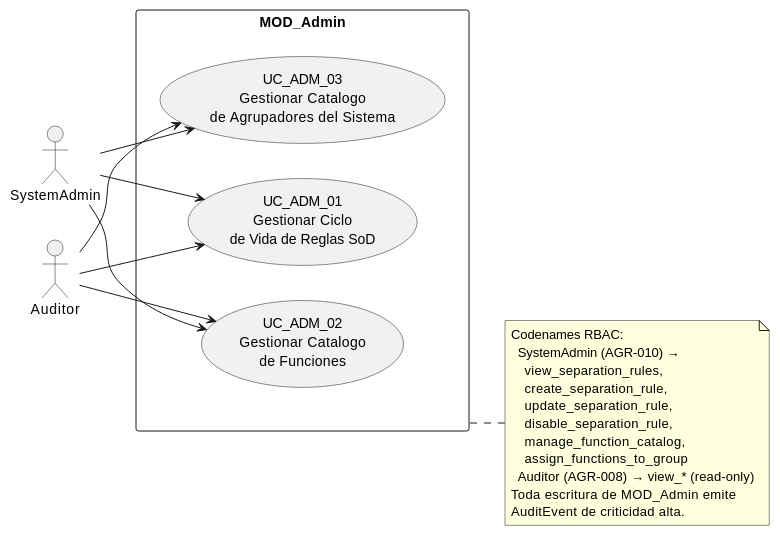
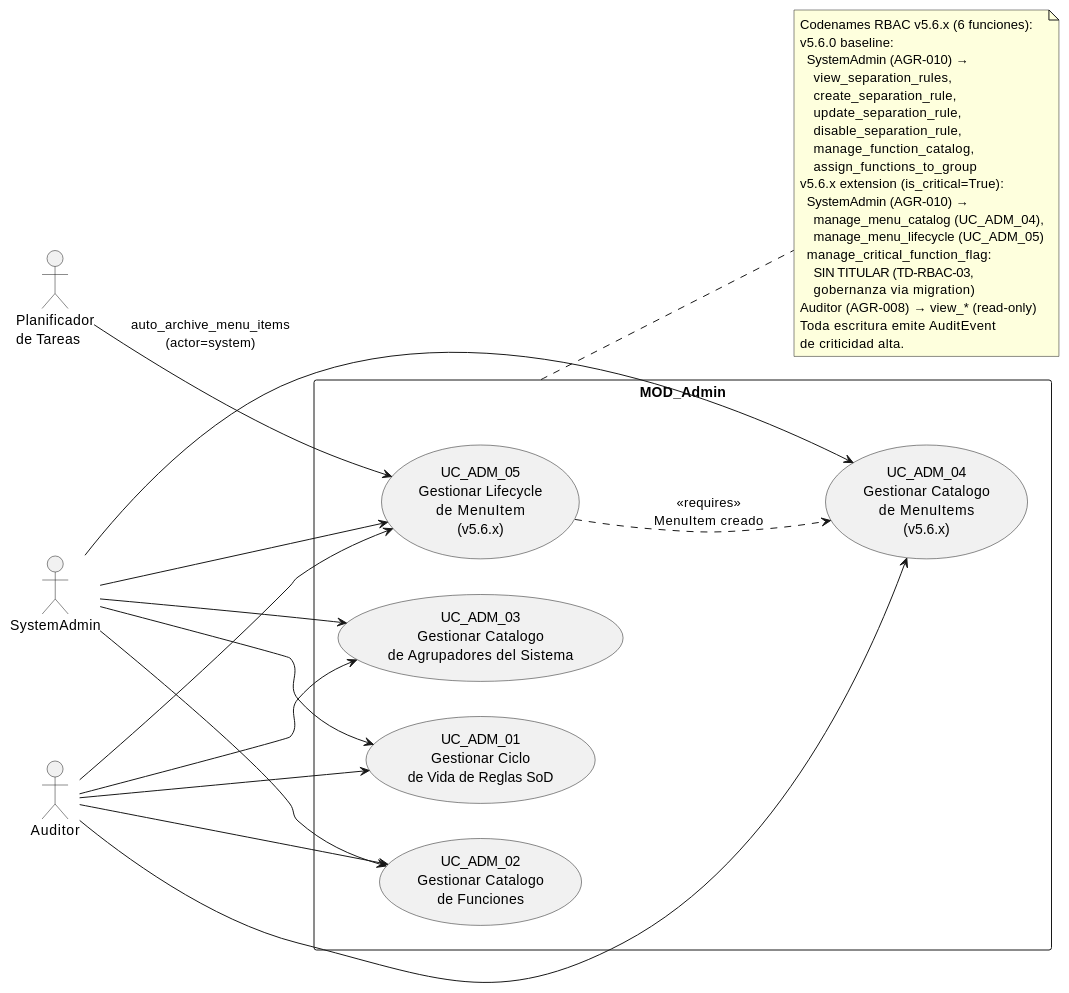
Before and after one commit to jcg-admin/IACT-docs: the diagram in source/arquitectura-tecnica/use-case-view/admin/index.rst, drawn with PlantUML. The commit also changed other lines of this file and 16 other files, not shown here.

```diff
--- a/source/arquitectura-tecnica/use-case-view/admin/index.rst
+++ b/source/arquitectura-tecnica/use-case-view/admin/index.rst
@@ -44,39 +48,59 @@
 .. uml::
- :caption: MOD_Admin — SystemAdmin gestiona los 3 catálogos
-           del modelo RBAC.
+ :caption: MOD_Admin v5.6.x — SystemAdmin gestiona 5 catalogos
+           del modelo RBAC. UC_ADM_04 y UC_ADM_05 son extension
+           v5.6.x para el catalogo UX persistido (MenuItem).
 
  @startuml
  left to right direction
 
  actor SystemAdmin
  actor Auditor
+ actor "Planificador\nde Tareas" as PlanificadorTareas
 
  rectangle "MOD_Admin" {
    usecase "UC_ADM_01\nGestionar Ciclo\nde Vida de Reglas SoD" as ADM01
    usecase "UC_ADM_02\nGestionar Catalogo\nde Funciones" as ADM02
    usecase "UC_ADM_03\nGestionar Catalogo\nde Agrupadores del Sistema" as ADM03
+   usecase "UC_ADM_04\nGestionar Catalogo\nde MenuItems\n(v5.6.x)" as ADM04
+   usecase "UC_ADM_05\nGestionar Lifecycle\nde MenuItem\n(v5.6.x)" as ADM05
  }
 
  SystemAdmin --> ADM01
  SystemAdmin --> ADM02
  SystemAdmin --> ADM03
+ SystemAdmin --> ADM04
+ SystemAdmin --> ADM05
 
  Auditor --> ADM01
  Auditor --> ADM02
  Auditor --> ADM03
+ Auditor --> ADM04
+ Auditor --> ADM05
+
+ PlanificadorTareas --> ADM05 : auto_archive_menu_items\n(actor=system)
+
+ ADM05 ..> ADM04 : <<requires>>\nMenuItem creado
 
  note right of MOD_Admin
-   Codenames RBAC:
+   Codenames RBAC v5.6.x (6 funciones):
+   v5.6.0 baseline:
      SystemAdmin (AGR-010) →
        view_separation_rules,
        create_separation_rule,
        update_separation_rule,
        disable_separation_rule,
        manage_function_catalog,
        assign_functions_to_group
-     Auditor (AGR-008) → view_* (read-only)
-   Toda escritura de MOD_Admin emite
-   AuditEvent de criticidad alta.
+   v5.6.x extension (is_critical=True):
+     SystemAdmin (AGR-010) →
+       manage_menu_catalog (UC_ADM_04),
+       manage_menu_lifecycle (UC_ADM_05)
+     manage_critical_function_flag:
+       SIN TITULAR (TD-RBAC-03,
+       gobernanza via migration)
+   Auditor (AGR-008) → view_* (read-only)
+   Toda escritura emite AuditEvent
+   de criticidad alta.
  end note
 
  @enduml
```
